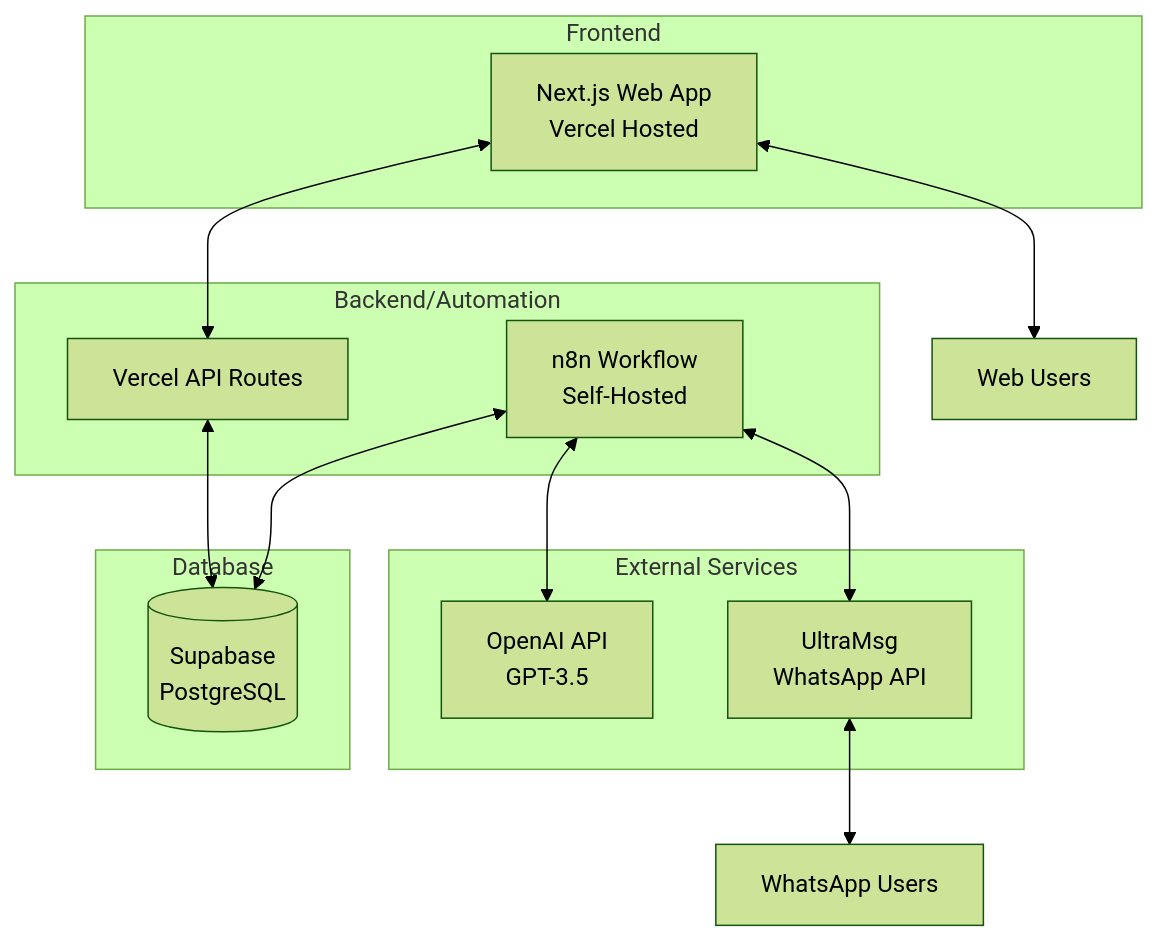
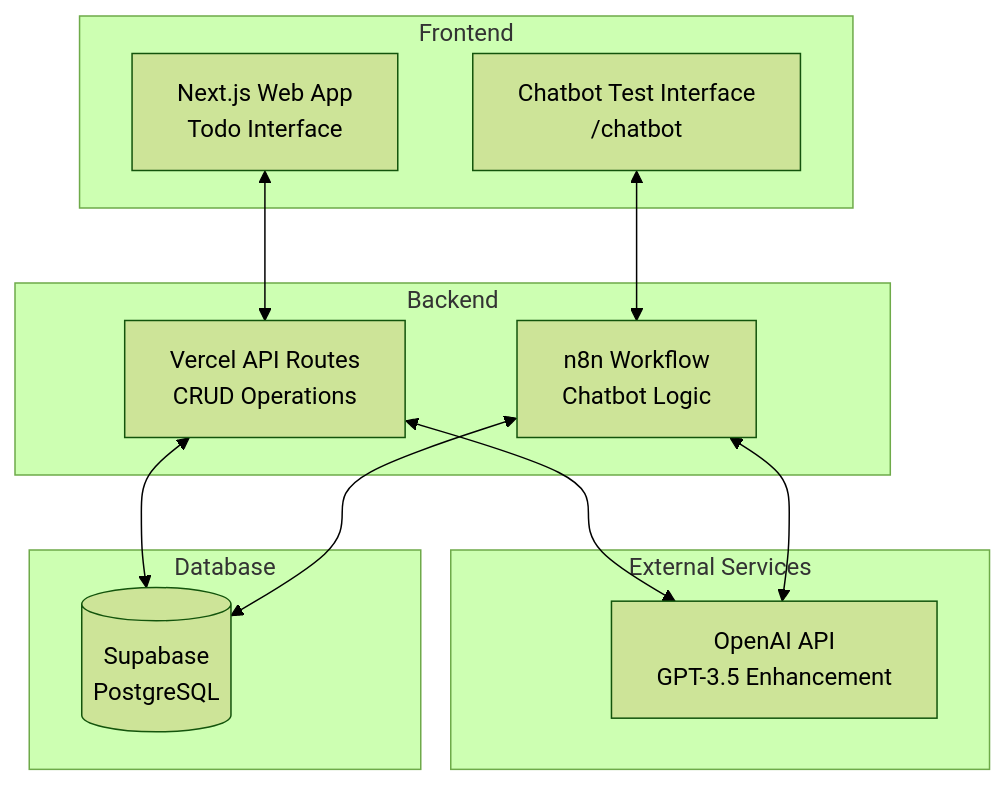
One commit to juliocode-job/todo-ai-app changed the diagram in README.md. Above: the diagram before and after it, drawn with Mermaid (forest theme). The commit also changed other lines of this file, not shown here.

````diff
--- a/README.md
+++ b/README.md
@@ -89,28 +107,27 @@
 ```mermaid
 graph TB
     subgraph "Frontend"
-        A[Next.js Web App<br/>Vercel Hosted]
+        A[Next.js Web App<br/>Todo Interface]
+        B[Chatbot Test Interface<br/>/chatbot]
     end
     
-    subgraph "Backend/Automation"
-        B[n8n Workflow<br/>Self-Hosted]
-        C[Vercel API Routes]
+    subgraph "Backend"
+        C[Vercel API Routes<br/>CRUD Operations]
+        D[n8n Workflow<br/>Chatbot Logic]
     end
     
     subgraph "External Services"
-        D[OpenAI API<br/>GPT-3.5]
-        E[UltraMsg<br/>WhatsApp API]
+        E[OpenAI API<br/>GPT-3.5 Enhancement]
     end
     
     subgraph "Database"
         F[(Supabase<br/>PostgreSQL)]
     end
     
     A <--> C
+    B <--> D
     C <--> F
-    B <--> F
-    B <--> D
-    B <--> E
-    E <--> G[WhatsApp Users]
-    A <--> H[Web Users]
+    D <--> F
+    C <--> E
+    D <--> E
 ```
````
